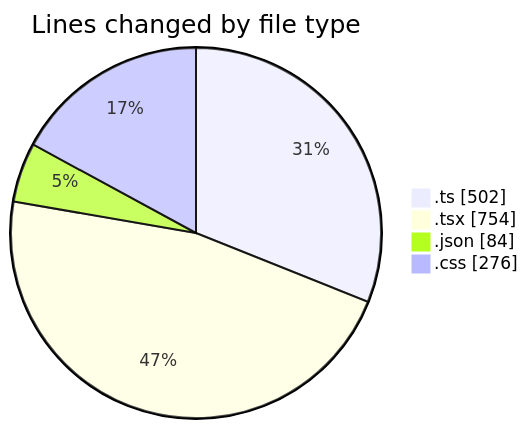
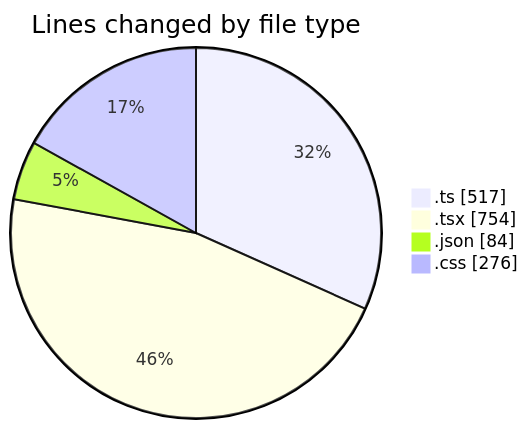
The first of 2 diagrams in 2025-11-24/eventscop-frontend-guide__workspace_/README.md (julien-gomy/code-tracking), drawn with Mermaid before and after one commit. The commit also changed other lines of this file and 1 other file, not shown here.

````diff
--- a/2025-11-24/eventscop-frontend-guide__workspace_/README.md
+++ b/2025-11-24/eventscop-frontend-guide__workspace_/README.md
@@ -41,8 +42,8 @@
 ```mermaid
 pie showData
 title Lines changed by file type
-".ts" : 502
+".ts" : 517
 ".tsx" : 754
 ".json" : 84
 ".css" : 276
 ```
````
